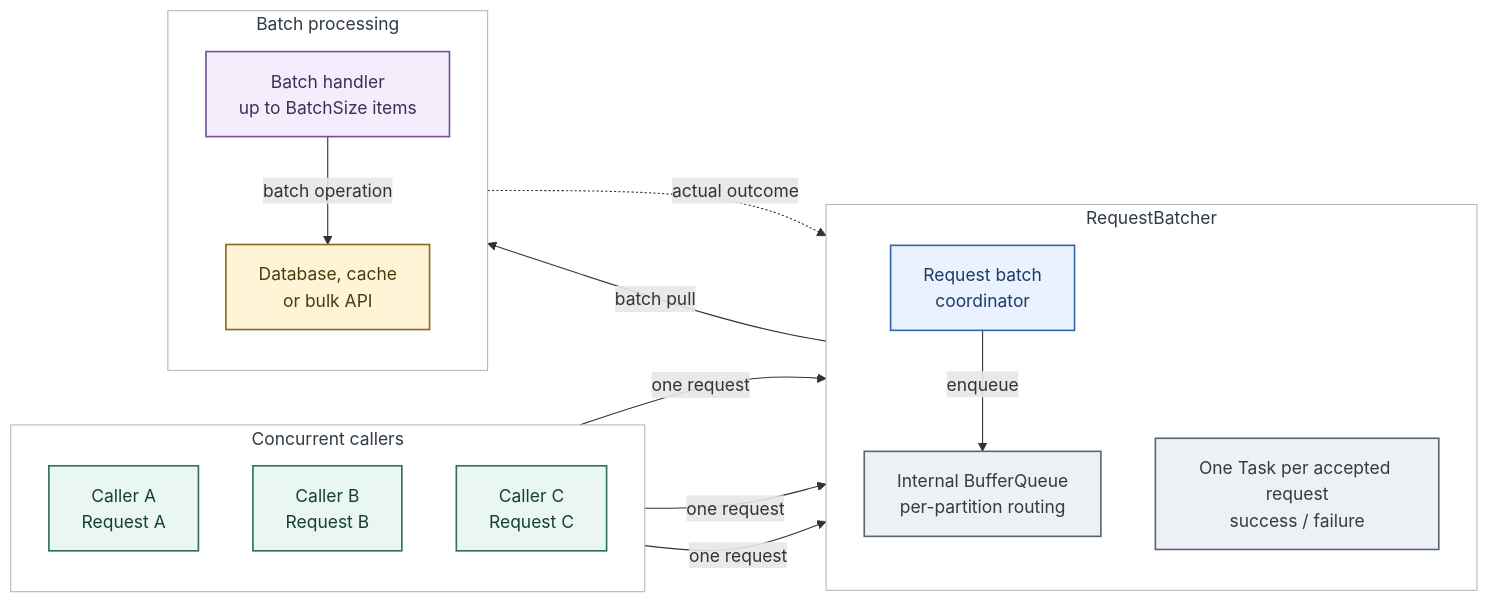
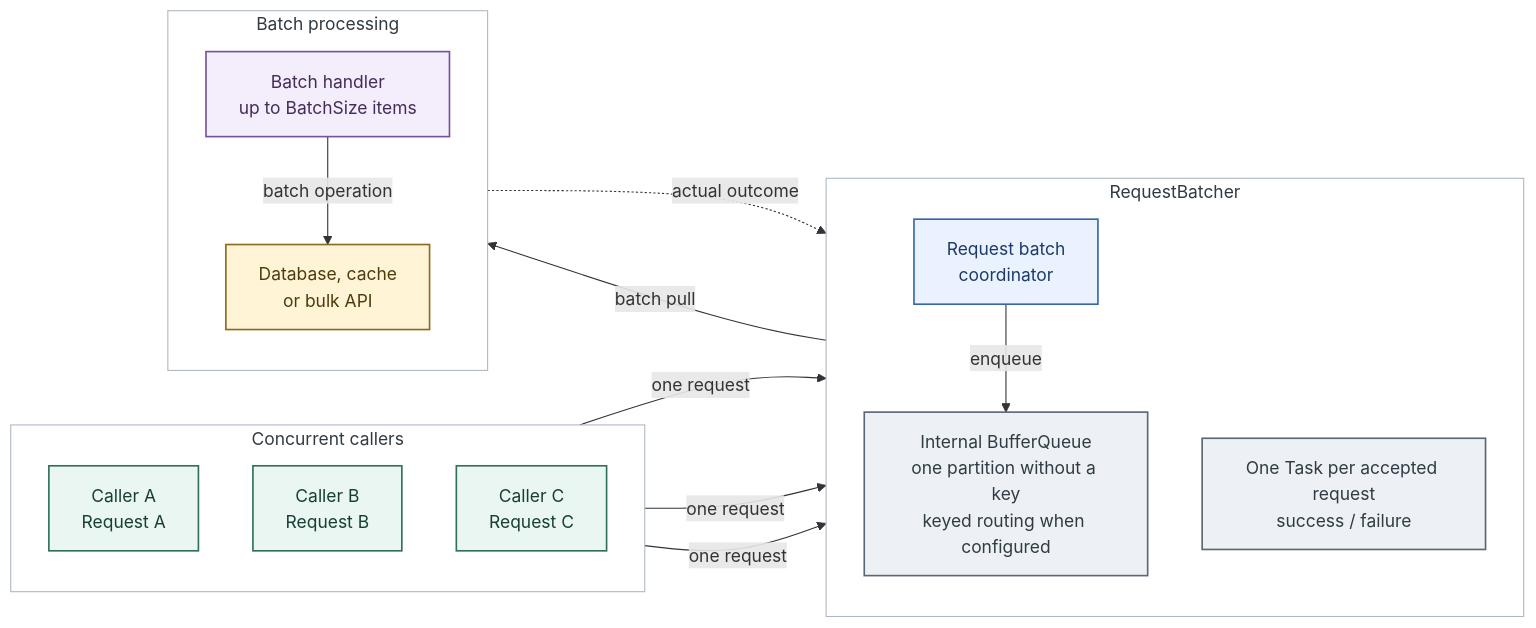
The diagram in docs/assets/request-batcher-architecture.mmd (eventhorizon-cli/RequestBatcher), drawn with Mermaid before and after one commit. The commit also changed 39 other files, not shown here.

Commit message:
Prepare 0.0.7: upgrade BufferQueue and use one unkeyed partition

```diff
--- a/docs/assets/request-batcher-architecture.mmd
+++ b/docs/assets/request-batcher-architecture.mmd
@@ -1,43 +1,43 @@
 flowchart LR
     subgraph callers["Concurrent callers"]
         direction TB
         callerA["Caller A<br/>Request A"]
         callerB["Caller B<br/>Request B"]
         callerC["Caller C<br/>Request C"]
     end
 
     subgraph requestBatcher["RequestBatcher"]
         direction TB
         coordinator["Request batch<br/>coordinator"]
-        queue["Internal BufferQueue<br/>per-partition routing"]
+        queue["Internal BufferQueue<br/>one partition without a key<br/>keyed routing when configured"]
         completion["One Task per accepted request<br/>success / failure"]
         coordinator -->|enqueue| queue
     end
 
     subgraph processing["Batch processing"]
         direction TB
         handler["Batch handler<br/>up to BatchSize items"]
         downstream["Database, cache<br/>or bulk API"]
         handler -->|batch operation| downstream
     end
 
     callerA -->|one request| coordinator
     callerB -->|one request| coordinator
     callerC -->|one request| coordinator
     queue -->|batch pull| handler
     handler -.->|actual outcome| completion
 
     class callerA,callerB,callerC client
     class coordinator gateway
     class queue,completion core
     class handler handler
     class downstream storage
 
     classDef client fill:#e9f6f1,stroke:#2f6f5e,color:#173f35,stroke-width:1.5px
     classDef gateway fill:#eaf2ff,stroke:#3567a7,color:#1d3b66,stroke-width:1.5px
     classDef core fill:#edf1f5,stroke:#596773,color:#303b44,stroke-width:1.5px
     classDef storage fill:#fff4d6,stroke:#8a6a1d,color:#4d3b0e,stroke-width:1.5px
     classDef handler fill:#f4edfb,stroke:#75529b,color:#422d59,stroke-width:1.5px
     style callers fill:#ffffff,stroke:#aeb8c2,color:#303b44,stroke-width:1px
     style requestBatcher fill:#ffffff,stroke:#aeb8c2,color:#303b44,stroke-width:1px
     style processing fill:#ffffff,stroke:#aeb8c2,color:#303b44,stroke-width:1px
```
